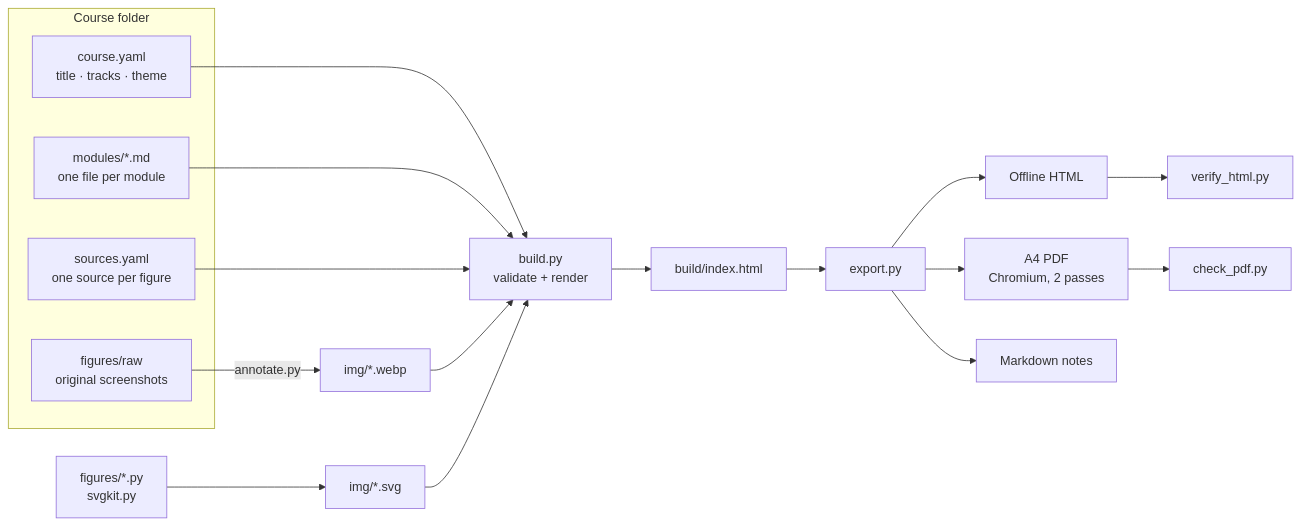
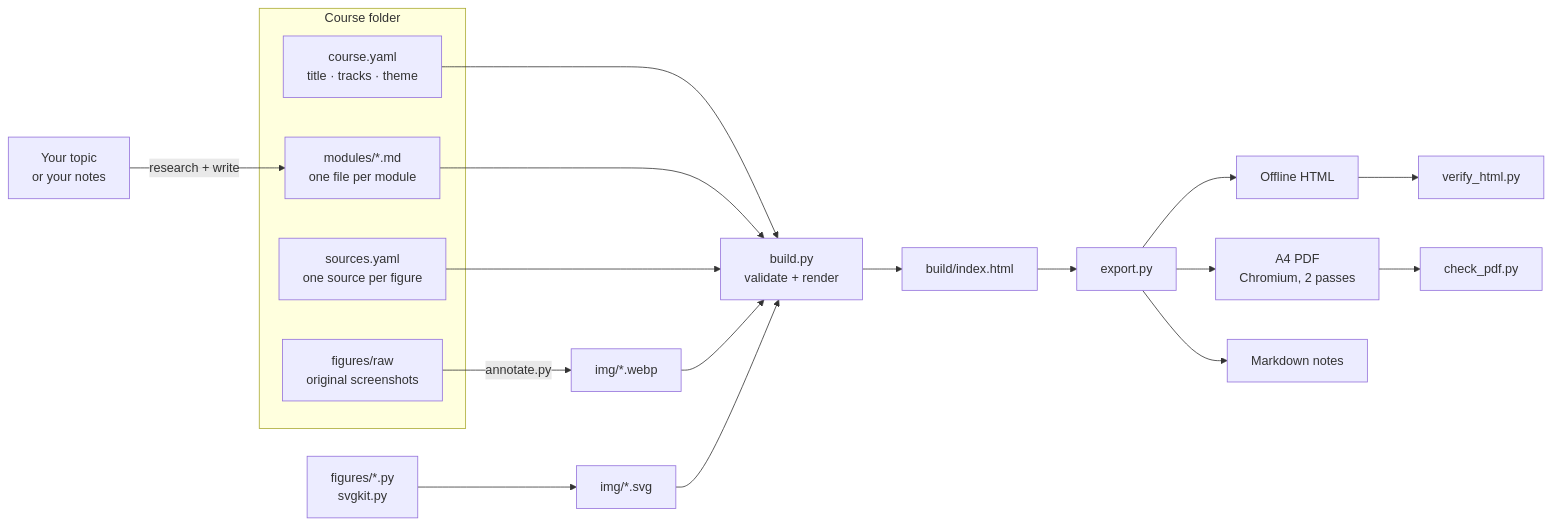
One commit to Khalidfpv/syllabind changed the diagram in README.md. Above: the diagram before and after it, drawn with Mermaid. The commit also changed other lines of this file and 4 other files, not shown here.

````diff
--- a/README.md
+++ b/README.md
@@ -111,19 +114,20 @@
 ```mermaid
 flowchart LR
+    T[Your topic<br/>or your notes] -- research + write --> M
     subgraph Source["Course folder"]
         Y[course.yaml<br/>title · tracks · theme]
         M[modules/*.md<br/>one file per module]
         S[sources.yaml<br/>one source per figure]
         R[figures/raw<br/>original screenshots]
     end
     R -- annotate.py --> I[img/*.webp]
     D[figures/*.py<br/>svgkit.py] --> V[img/*.svg]
     Y & M & S & I & V --> B[build.py<br/>validate + render]
     B --> H[build/index.html]
     H --> E[export.py]
     E --> O1[Offline HTML]
     E --> O2[A4 PDF<br/>Chromium, 2 passes]
     E --> O3[Markdown notes]
     O1 --> T1[verify_html.py]
     O2 --> T2[check_pdf.py]
 ```
````
